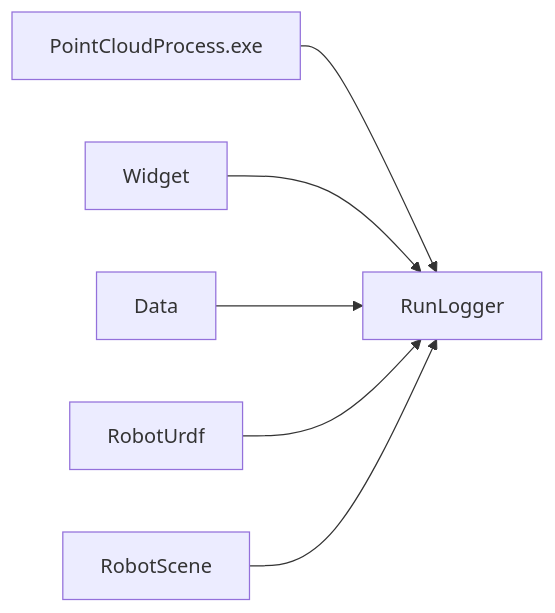
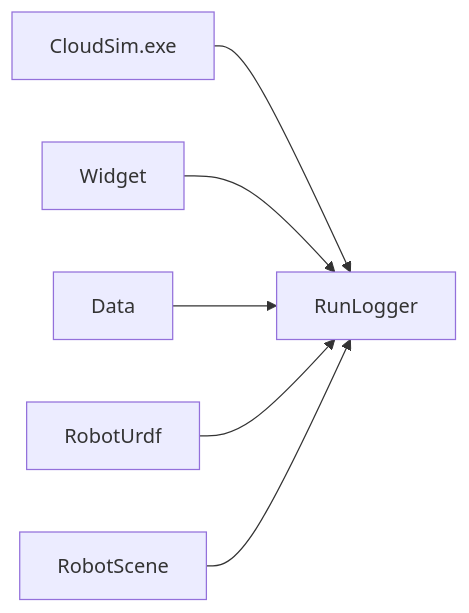
Before and after one commit to sanmunejdn/CloudSim: the diagram in RunLogger/DEVELOPER_GUIDE.md, drawn with Mermaid. The commit also changed other lines of this file and 15 other files, not shown here.

````diff
--- a/RunLogger/DEVELOPER_GUIDE.md
+++ b/RunLogger/DEVELOPER_GUIDE.md
@@ -18,8 +18,8 @@
 ```mermaid
 flowchart LR
-  PCP[PointCloudProcess.exe] --> RL[RunLogger]
+  CS[CloudSim.exe] --> RL[RunLogger]
   Widget --> RL
   Data --> RL
   RobotUrdf --> RL
   RobotScene --> RL
 ```
````
